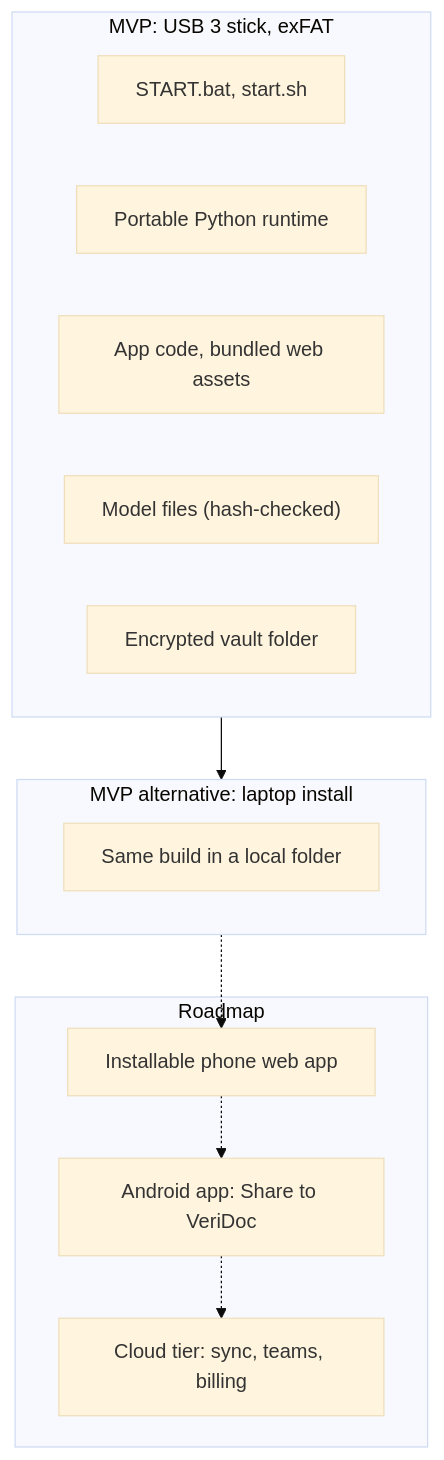
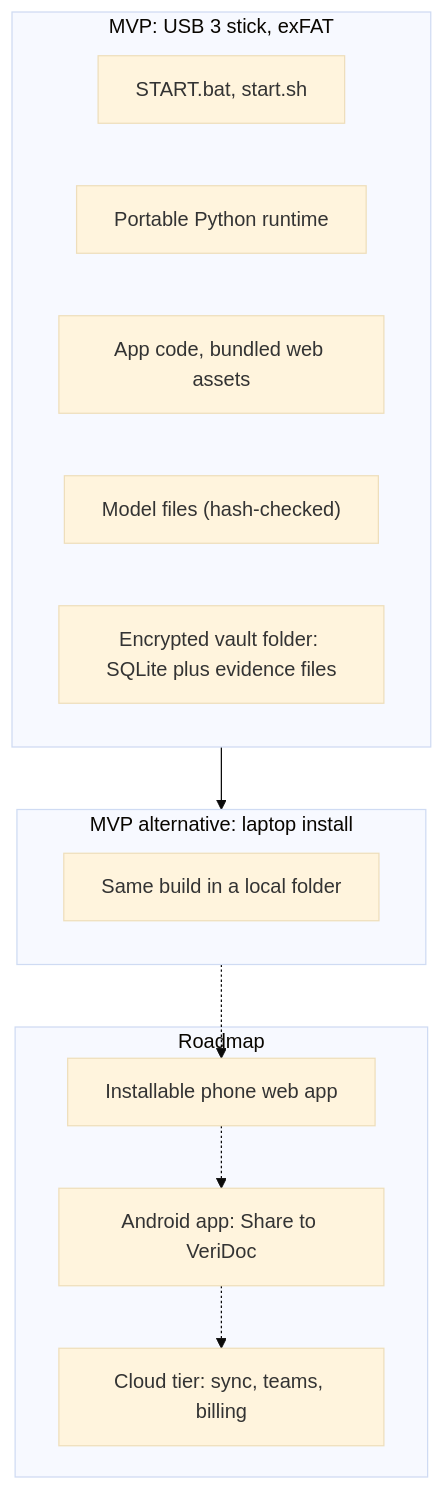
One commit to HARDIKSINGH150206/Veridoc changed the seventh of 7 diagrams in docs/ARCHITECTURE.md. Above: the diagram before and after it, drawn with Mermaid (base theme). The commit also changed other lines of this file and 6 other files, not shown here.

````diff
--- a/docs/ARCHITECTURE.md
+++ b/docs/ARCHITECTURE.md
@@ -241,22 +241,22 @@
 ```mermaid
 flowchart TB
   subgraph Stick["MVP: USB 3 stick, exFAT"]
     S1["START.bat, start.sh"]
     S2["Portable Python runtime"]
     S3["App code, bundled web assets"]
     S4["Model files (hash-checked)"]
-    S5["Encrypted vault folder"]
+    S5["Encrypted vault folder: SQLite plus evidence files"]
   end
   subgraph Laptop["MVP alternative: laptop install"]
     L1["Same build in a local folder"]
   end
   subgraph Future["Roadmap"]
     F1["Installable phone web app"]
     F2["Android app: Share to VeriDoc"]
     F3["Cloud tier: sync, teams, billing"]
   end
   Stick --> Laptop
   Laptop -.-> F1
   F1 -.-> F2
   F2 -.-> F3
 ```
````
